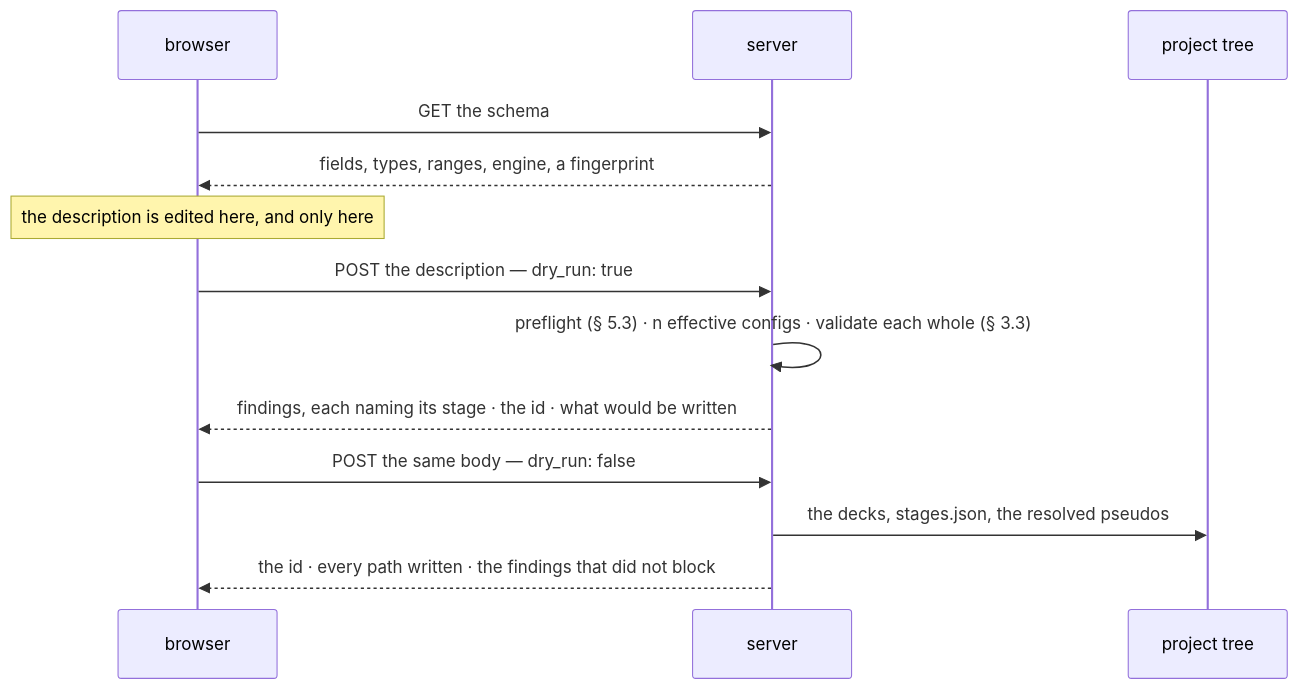
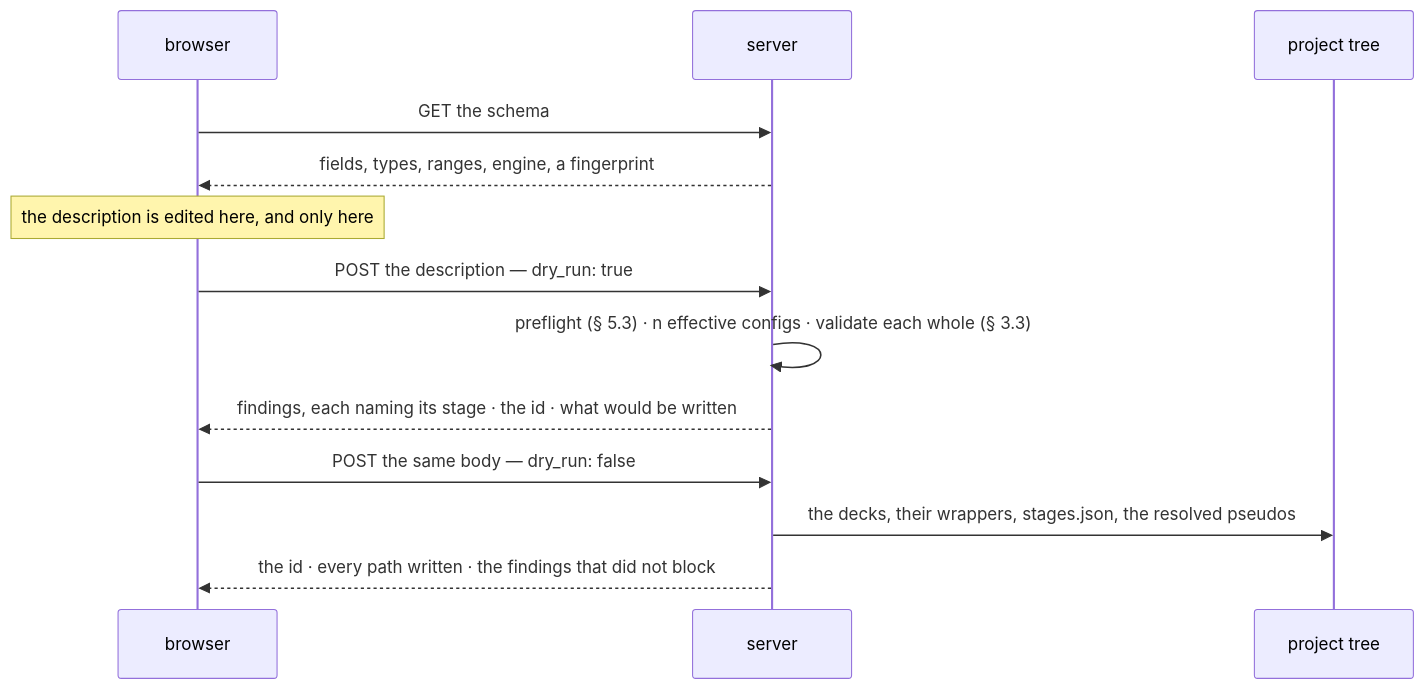
The sixth of 6 diagrams in docs/web/staged-runs-architecture.md (Qing-LAB/molbuilder), drawn with Mermaid before and after one commit. The commit also changed other lines of this file and 1 other file, not shown here.

````diff
--- a/docs/web/staged-runs-architecture.md
+++ b/docs/web/staged-runs-architecture.md
@@ -775,18 +789,18 @@
 ```mermaid
 sequenceDiagram
     participant B as browser
     participant S as server
     participant T as project tree
 
     B->>S: GET the schema
     S-->>B: fields, types, ranges, engine, a fingerprint
     Note over B: the description is edited here, and only here
 
     B->>S: POST the description — dry_run: true
     S->>S: preflight (§ 5.3) · n effective configs · validate each whole (§ 3.3)
     S-->>B: findings, each naming its stage · the id · what would be written
 
     B->>S: POST the same body — dry_run: false
-    S->>T: the decks, stages.json, the resolved pseudos
+    S->>T: the decks, their wrappers, stages.json, the resolved pseudos
     S-->>B: the id · every path written · the findings that did not block
 ```
````
